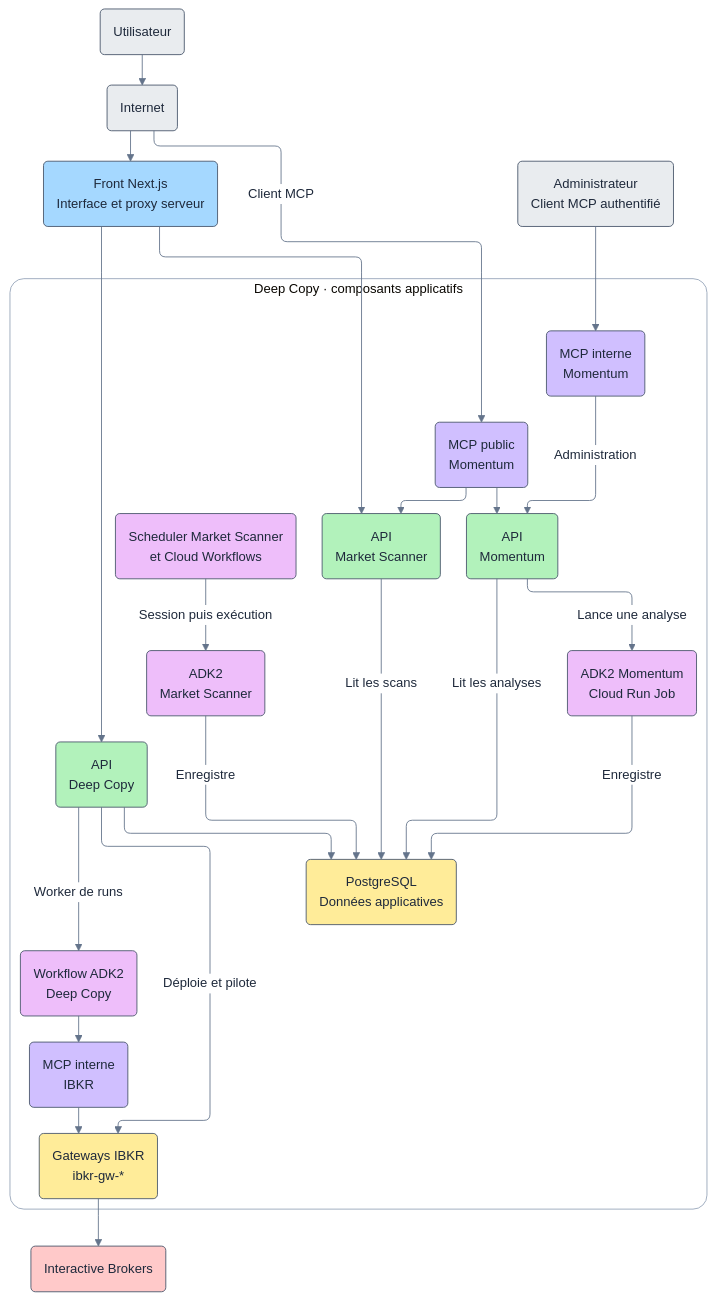
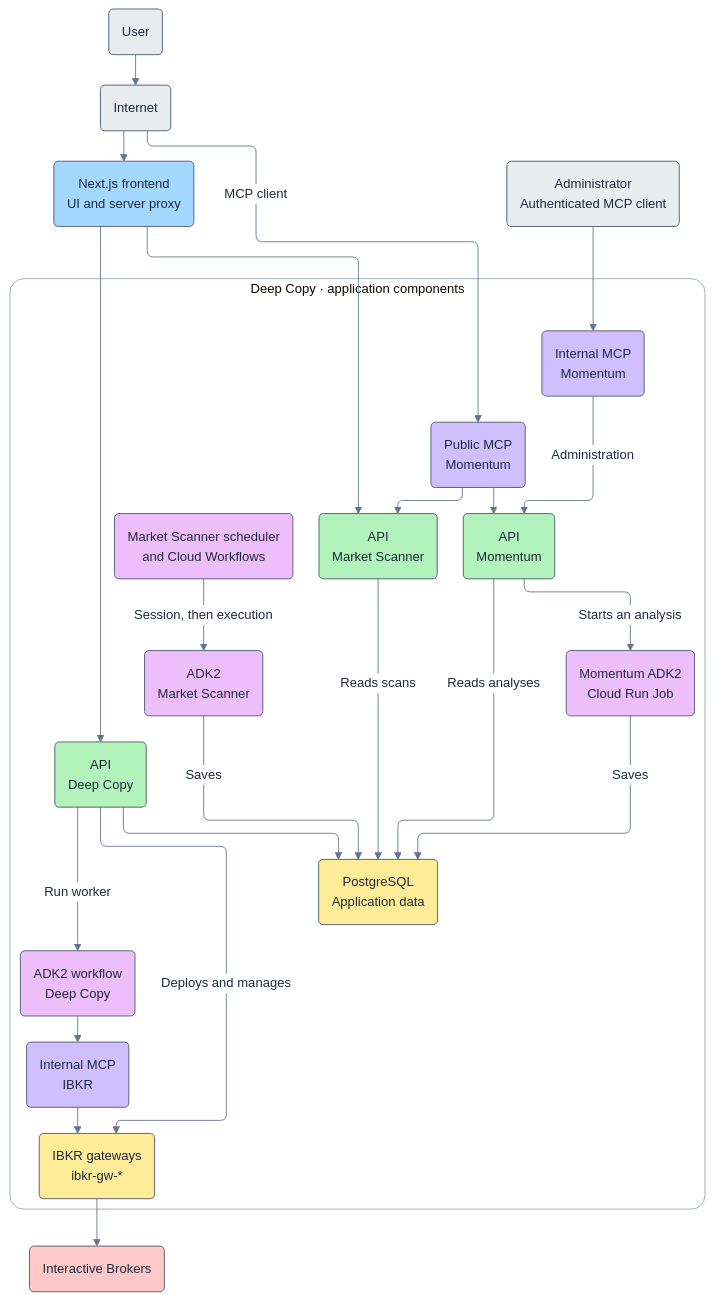
One commit to kaligautier/trading-on-IBKR-with-ADK- changed the diagram in README.md. Above: the diagram before and after it, drawn with Mermaid.

Commit message:
docs: improve README flowchart labels and descriptions

````diff
--- a/README.md
+++ b/README.md
@@ -103,80 +103,80 @@
 ```mermaid
 ---
 config:
   look: classic
   layout: elk
   theme: base
   themeVariables:
     fontFamily: "Arial"
     fontSize: "15px"
     primaryTextColor: "#1e293b"
     lineColor: "#64748b"
     clusterBkg: "#ffffff"
     clusterBorder: "#94a3b8"
     edgeLabelBackground: "#ffffff"
   flowchart:
     curve: rounded
     nodeSpacing: 35
     rankSpacing: 45
 ---
 flowchart TB
-    USER("Utilisateur") --> INTERNET("Internet")
-    INTERNET --> FRONT("Front Next.js<br/>Interface et proxy serveur")
-    INTERNET -->|Client MCP| PUBLIC
-    ADMIN("Administrateur<br/>Client MCP authentifié") --> INTERNAL
+    USER("User") --> INTERNET("Internet")
+    INTERNET --> FRONT("Next.js frontend<br/>UI and server proxy")
+    INTERNET -->|MCP client| PUBLIC
+    ADMIN("Administrator<br/>Authenticated MCP client") --> INTERNAL
 
-    subgraph PLATFORM["Deep Copy · composants applicatifs"]
+    subgraph PLATFORM["Deep Copy · application components"]
         direction TB
 
         API_DC("API<br/>Deep Copy")
-        ADK_DC("Workflow ADK2<br/>Deep Copy")
-        MCP_IBKR("MCP interne<br/>IBKR")
-        GATEWAY("Gateways IBKR<br/>ibkr-gw-*")
+        ADK_DC("ADK2 workflow<br/>Deep Copy")
+        MCP_IBKR("Internal MCP<br/>IBKR")
+        GATEWAY("IBKR gateways<br/>ibkr-gw-*")
 
-        PUBLIC("MCP public<br/>Momentum")
-        INTERNAL("MCP interne<br/>Momentum")
+        PUBLIC("Public MCP<br/>Momentum")
+        INTERNAL("Internal MCP<br/>Momentum")
         API_M("API<br/>Momentum")
-        ADK_M("ADK2 Momentum<br/>Cloud Run Job")
+        ADK_M("Momentum ADK2<br/>Cloud Run Job")
 
         API_S("API<br/>Market Scanner")
-        SCHEDULER("Scheduler Market Scanner<br/>et Cloud Workflows")
+        SCHEDULER("Market Scanner scheduler<br/>and Cloud Workflows")
         ADK_S("ADK2<br/>Market Scanner")
-        DB("PostgreSQL<br/>Données applicatives")
+        DB("PostgreSQL<br/>Application data")
 
-        API_DC -->|Worker de runs| ADK_DC
-        API_DC -->|Déploie et pilote| GATEWAY
+        API_DC -->|Run worker| ADK_DC
+        API_DC -->|Deploys and manages| GATEWAY
         ADK_DC --> MCP_IBKR --> GATEWAY
         PUBLIC --> API_M
         PUBLIC --> API_S
         INTERNAL -->|Administration| API_M
-        API_M -->|Lance une analyse| ADK_M
-        SCHEDULER -->|Session puis exécution| ADK_S
+        API_M -->|Starts an analysis| ADK_M
+        SCHEDULER -->|Session, then execution| ADK_S
 
         API_DC --> DB
-        API_M -->|Lit les analyses| DB
-        ADK_M -->|Enregistre| DB
-        API_S -->|Lit les scans| DB
-        ADK_S -->|Enregistre| DB
+        API_M -->|Reads analyses| DB
+        ADK_M -->|Saves| DB
+        API_S -->|Reads scans| DB
+        ADK_S -->|Saves| DB
     end
 
     FRONT --> API_DC
     FRONT --> API_S
     GATEWAY --> IBKR("Interactive Brokers")
 
     classDef neutral fill:#e9ecef,stroke:#475569,color:#1e293b;
     classDef front fill:#a5d8ff,stroke:#475569,color:#1e293b;
     classDef api fill:#b2f2bb,stroke:#475569,color:#1e293b;
     classDef mcp fill:#d0bfff,stroke:#475569,color:#1e293b;
     classDef agent fill:#eebefa,stroke:#475569,color:#1e293b;
     classDef storage fill:#ffec99,stroke:#475569,color:#1e293b;
     classDef external fill:#ffc9c9,stroke:#475569,color:#1e293b;
 
     class USER,INTERNET,ADMIN neutral;
     class FRONT front;
     class API_DC,API_M,API_S api;
     class PUBLIC,INTERNAL,MCP_IBKR mcp;
     class ADK_DC,ADK_M,ADK_S,SCHEDULER agent;
     class GATEWAY,DB storage;
     class IBKR external;
     style PLATFORM rx:16,ry:16;
 ```
````
